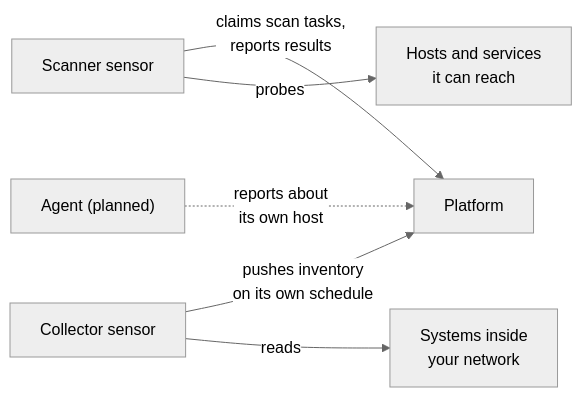
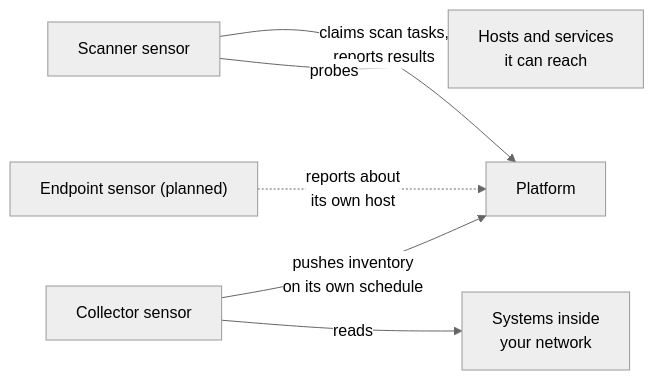
The fifth of 6 diagrams in overview/concepts.md (openctemio/docs), drawn with Mermaid (neutral theme) before and after one commit. The commit also changed other lines of this file and 3 other files, not shown here.

Commit message:
docs(glossary): one name per concept; sensor roles without "agent"; AI agent, playbook, team, vulnerability, command (#189)

````diff
--- a/overview/concepts.md
+++ b/overview/concepts.md
@@ -169,9 +170,9 @@
 ```mermaid
 flowchart LR
     P["Platform"]
     SC["Scanner sensor"] -->|"claims scan tasks,<br/>reports results"| P
     SC -->|"probes"| T["Hosts and services<br/>it can reach"]
     CO["Collector sensor"] -->|"pushes inventory<br/>on its own schedule"| P
     CO -->|"reads"| SYS["Systems inside<br/>your network"]
-    AG["Agent (planned)"] -.->|"reports about<br/>its own host"| P
+    AG["Endpoint sensor (planned)"] -.->|"reports about<br/>its own host"| P
 ```
````
